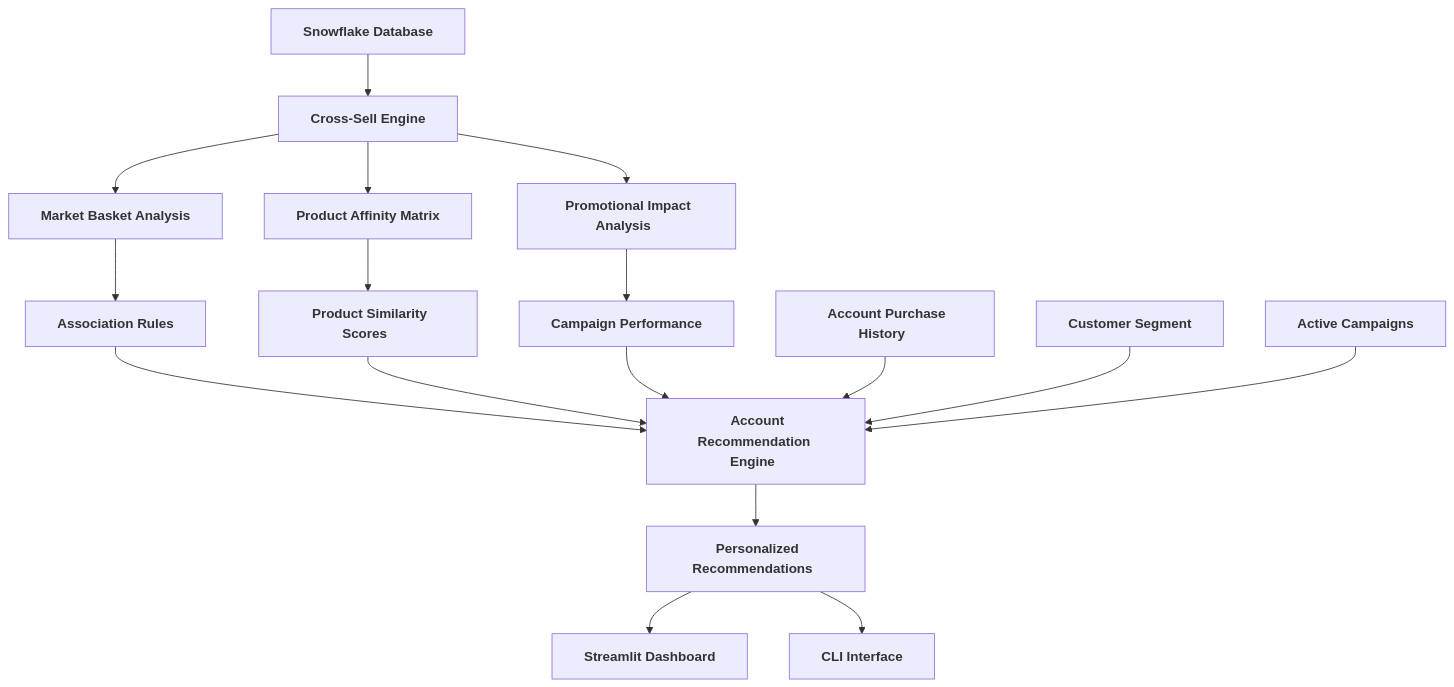
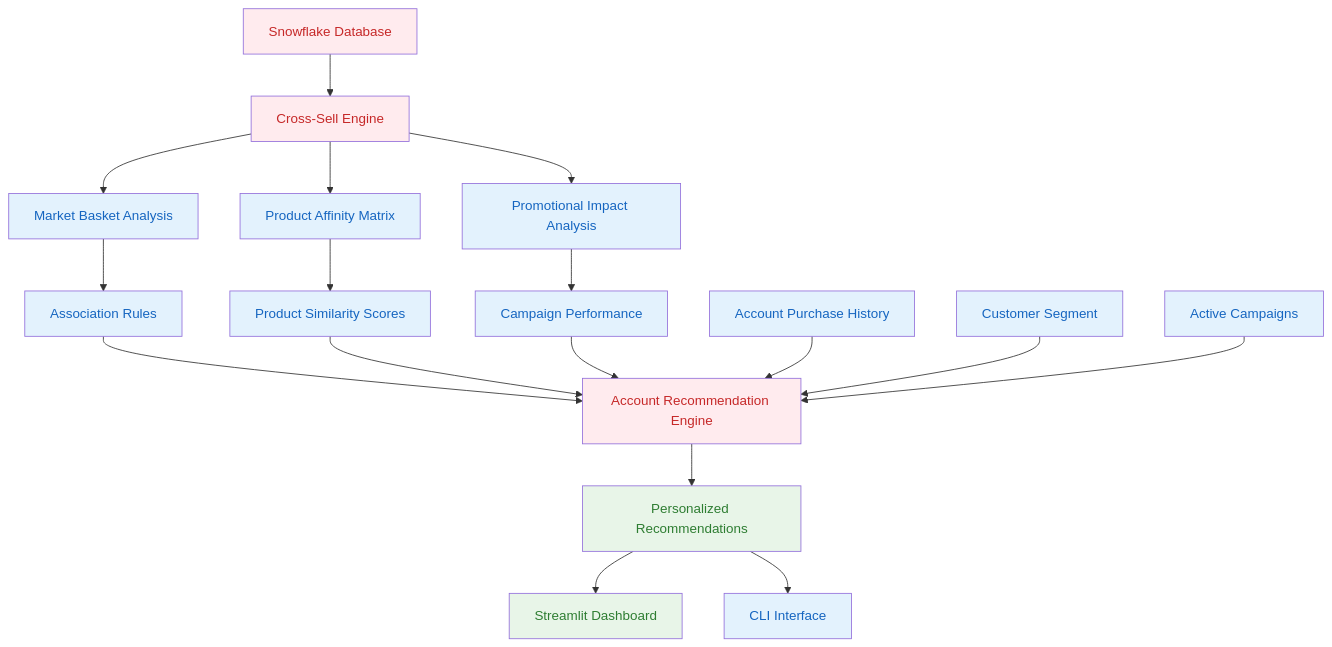
The diagram in CROSS_SELL_IMPLEMENTATION.md (arupsarkar-sfdc/retail-execution), drawn with Mermaid before and after one commit. The commit also changed 3 other files, not shown here.

````diff
--- a/CROSS_SELL_IMPLEMENTATION.md
+++ b/CROSS_SELL_IMPLEMENTATION.md
@@ -196,23 +196,39 @@
 ```mermaid
 graph TD
-    A["<span style='background-color: #ffebee; border: 2px solid #f44336; padding: 4px 8px; border-radius: 4px; color: #c62828; font-weight: bold;'>Snowflake Database</span>"] --> B["<span style='background-color: #ffebee; border: 2px solid #f44336; padding: 4px 8px; border-radius: 4px; color: #c62828; font-weight: bold;'>Cross-Sell Engine</span>"]
-    B --> C["<span style='background-color: #e3f2fd; border: 2px solid #2196f3; padding: 4px 8px; border-radius: 4px; color: #1565c0; font-weight: bold;'>Market Basket Analysis</span>"]
-    B --> D["<span style='background-color: #e3f2fd; border: 2px solid #2196f3; padding: 4px 8px; border-radius: 4px; color: #1565c0; font-weight: bold;'>Product Affinity Matrix</span>"]
-    B --> E["<span style='background-color: #e3f2fd; border: 2px solid #2196f3; padding: 4px 8px; border-radius: 4px; color: #1565c0; font-weight: bold;'>Promotional Impact Analysis</span>"]
+    A["Snowflake Database"] --> B["Cross-Sell Engine"]
+    B --> C["Market Basket Analysis"]
+    B --> D["Product Affinity Matrix"]
+    B --> E["Promotional Impact Analysis"]
     
-    C --> F["<span style='background-color: #e3f2fd; border: 2px solid #2196f3; padding: 4px 8px; border-radius: 4px; color: #1565c0; font-weight: bold;'>Association Rules</span>"]
-    D --> G["<span style='background-color: #e3f2fd; border: 2px solid #2196f3; padding: 4px 8px; border-radius: 4px; color: #1565c0; font-weight: bold;'>Product Similarity Scores</span>"]
-    E --> H["<span style='background-color: #e3f2fd; border: 2px solid #2196f3; padding: 4px 8px; border-radius: 4px; color: #1565c0; font-weight: bold;'>Campaign Performance</span>"]
+    C --> F["Association Rules"]
+    D --> G["Product Similarity Scores"]
+    E --> H["Campaign Performance"]
     
-    F --> I["<span style='background-color: #ffebee; border: 2px solid #f44336; padding: 4px 8px; border-radius: 4px; color: #c62828; font-weight: bold;'>Account Recommendation Engine</span>"]
+    F --> I["Account Recommendation Engine"]
     G --> I
     H --> I
     
-    I --> J["<span style='background-color: #e8f5e8; border: 2px solid #4caf50; padding: 4px 8px; border-radius: 4px; color: #2e7d32; font-weight: bold;'>Personalized Recommendations</span>"]
-    J --> K["<span style='background-color: #e8f5e8; border: 2px solid #4caf50; padding: 4px 8px; border-radius: 4px; color: #2e7d32; font-weight: bold;'>Streamlit Dashboard</span>"]
-    J --> L["<span style='background-color: #e3f2fd; border: 2px solid #2196f3; padding: 4px 8px; border-radius: 4px; color: #1565c0; font-weight: bold;'>CLI Interface</span>"]
+    I --> J["Personalized Recommendations"]
+    J --> K["Streamlit Dashboard"]
+    J --> L["CLI Interface"]
     
-    M["<span style='background-color: #e3f2fd; border: 2px solid #2196f3; padding: 4px 8px; border-radius: 4px; color: #1565c0; font-weight: bold;'>Account Purchase History</span>"] --> I
-    N["<span style='background-color: #e3f2fd; border: 2px solid #2196f3; padding: 4px 8px; border-radius: 4px; color: #1565c0; font-weight: bold;'>Customer Segment</span>"] --> I
-    O["<span style='background-color: #e3f2fd; border: 2px solid #2196f3; padding: 4px 8px; border-radius: 4px; color: #1565c0; font-weight: bold;'>Active Campaigns</span>"] --> I
+    M["Account Purchase History"] --> I
+    N["Customer Segment"] --> I
+    O["Active Campaigns"] --> I
+
+    style A fill:#ffebee,color:#c62828
+    style B fill:#ffebee,color:#c62828
+    style C fill:#e3f2fd,color:#1565c0
+    style D fill:#e3f2fd,color:#1565c0
+    style E fill:#e3f2fd,color:#1565c0
+    style F fill:#e3f2fd,color:#1565c0
+    style G fill:#e3f2fd,color:#1565c0
+    style H fill:#e3f2fd,color:#1565c0
+    style I fill:#ffebee,color:#c62828
+    style J fill:#e8f5e8,color:#2e7d32
+    style K fill:#e8f5e8,color:#2e7d32
+    style L fill:#e3f2fd,color:#1565c0
+    style M fill:#e3f2fd,color:#1565c0
+    style N fill:#e3f2fd,color:#1565c0
+    style O fill:#e3f2fd,color:#1565c0
 ```
````
